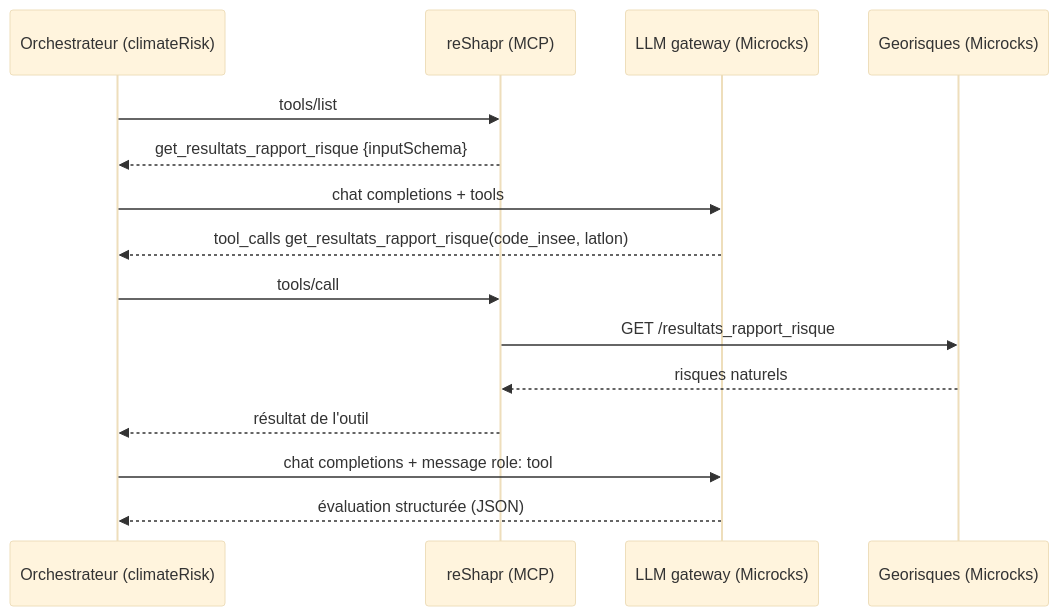
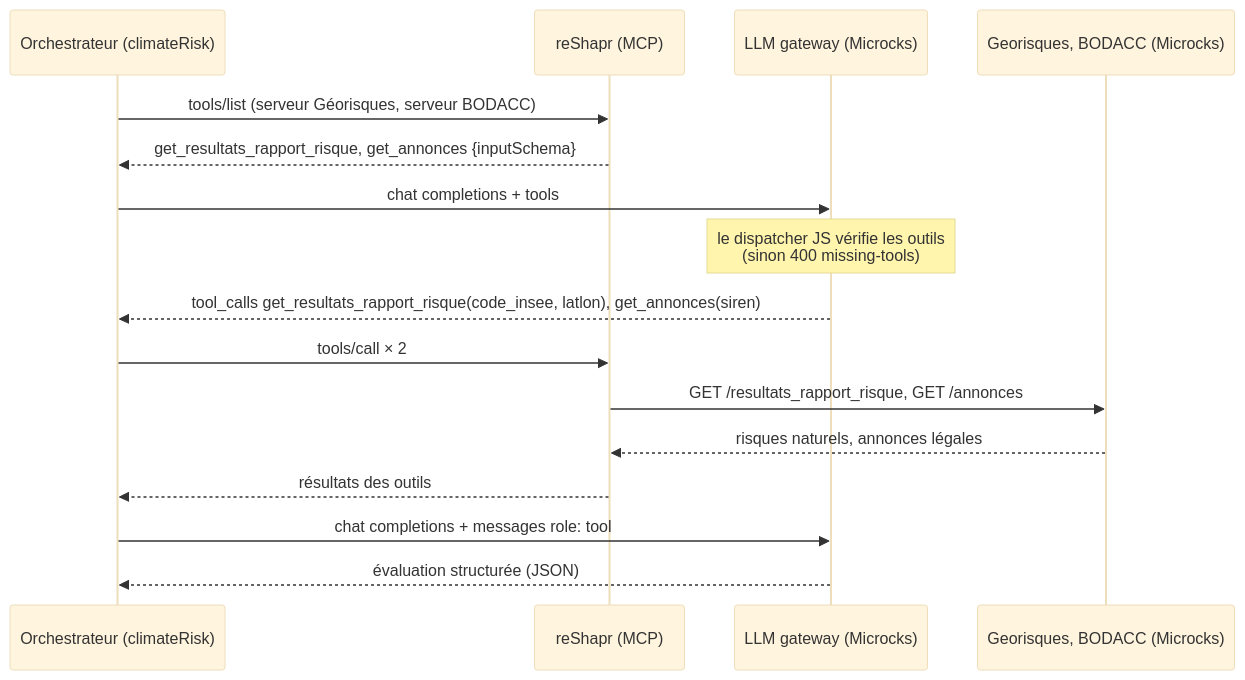
One commit to SebastienDegodez/microcks-arazzo-insurance-demo changed the third of 4 diagrams in README.fr.md. Above: the diagram before and after it, drawn with Mermaid (base theme). The commit also changed other lines of this file and 67 other files, not shown here.

````diff
--- a/README.fr.md
+++ b/README.fr.md
@@ -175,17 +192,18 @@
 ```mermaid
 sequenceDiagram
     participant O as Orchestrateur (climateRisk)
     participant R as reShapr (MCP)
     participant L as LLM gateway (Microcks)
-    participant G as Georisques (Microcks)
-    O->>R: tools/list
-    R-->>O: get_resultats_rapport_risque {inputSchema}
+    participant G as Georisques, BODACC (Microcks)
+    O->>R: tools/list (serveur Géorisques, serveur BODACC)
+    R-->>O: get_resultats_rapport_risque, get_annonces {inputSchema}
     O->>L: chat completions + tools
-    L-->>O: tool_calls get_resultats_rapport_risque(code_insee, latlon)
-    O->>R: tools/call
-    R->>G: GET /resultats_rapport_risque
-    G-->>R: risques naturels
-    R-->>O: résultat de l'outil
-    O->>L: chat completions + message role: tool
+    Note over L: le dispatcher JS vérifie les outils<br/>(sinon 400 missing-tools)
+    L-->>O: tool_calls get_resultats_rapport_risque(code_insee, latlon), get_annonces(siren)
+    O->>R: tools/call × 2
+    R->>G: GET /resultats_rapport_risque, GET /annonces
+    G-->>R: risques naturels, annonces légales
+    R-->>O: résultats des outils
+    O->>L: chat completions + messages role: tool
     L-->>O: évaluation structurée (JSON)
 ```
````
